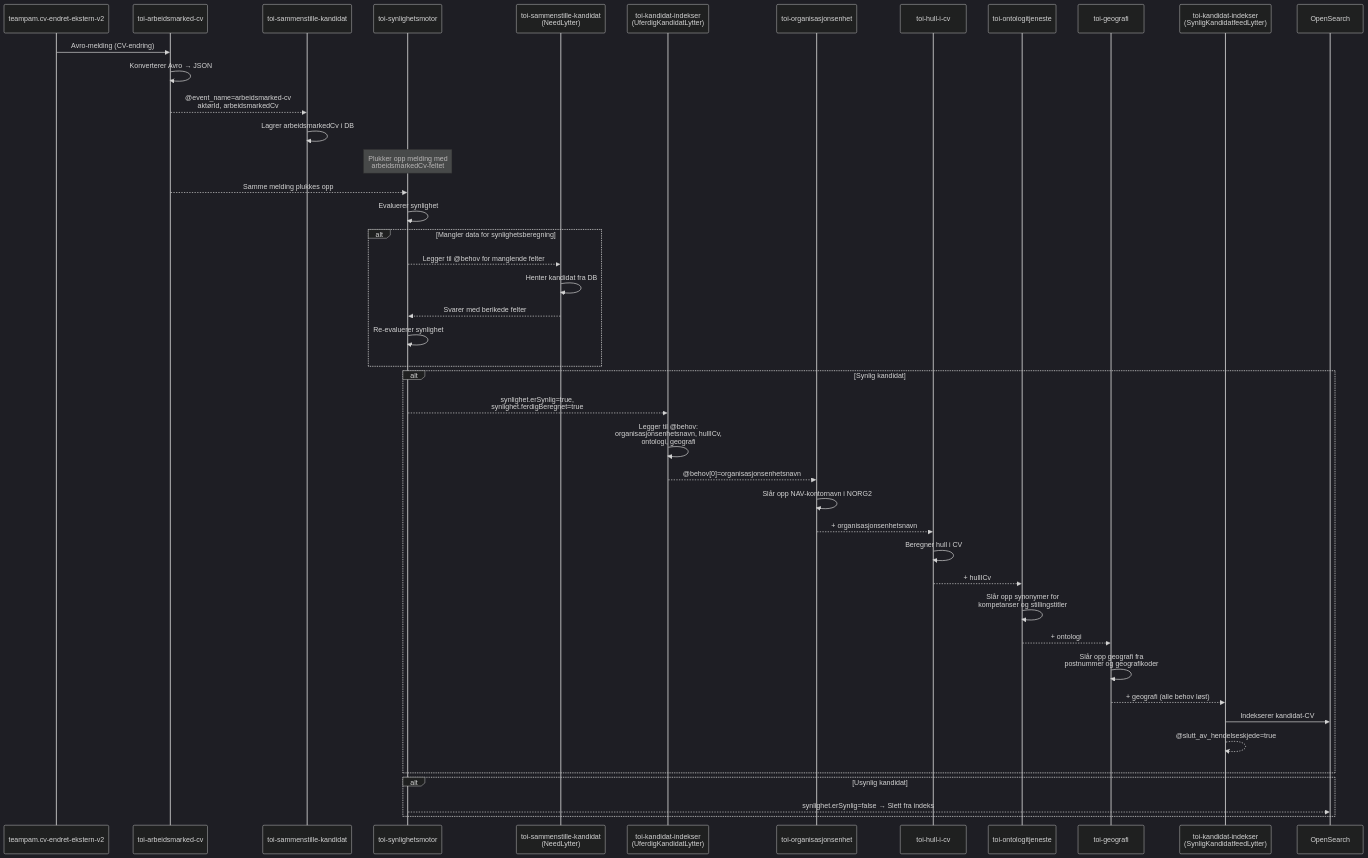
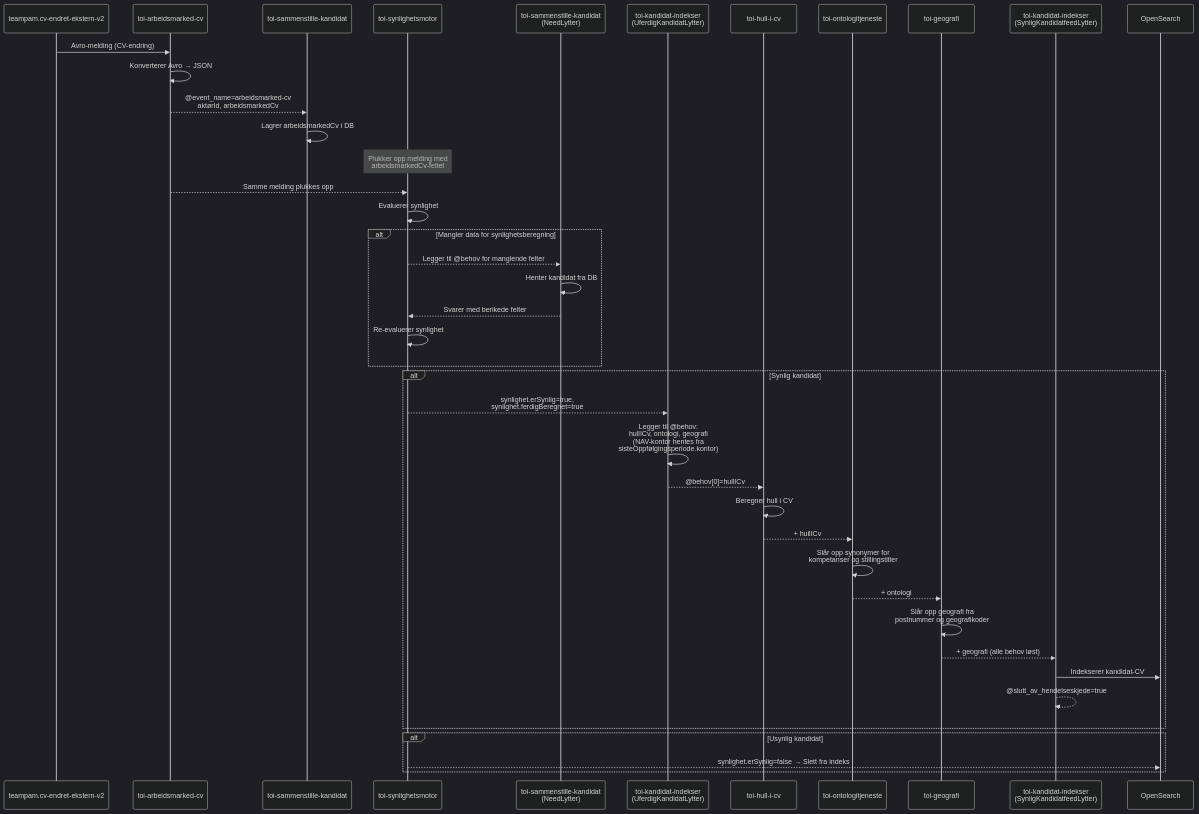
One commit to navikt/toi-rapids-and-rivers changed the second of 12 diagrams in MELDINGSFLYTER.md. Above: the diagram before and after it, drawn with Mermaid (dark theme). The commit also changed other lines of this file and 23 other files, not shown here.

First line of the commit message:
Les oppfølgingsenhet-, og navn fra en bedre kilde (toi.siste-oppfolgi… (#216)

````diff
--- a/MELDINGSFLYTER.md
+++ b/MELDINGSFLYTER.md
@@ -178,48 +176,45 @@
 ```mermaid
 sequenceDiagram
     participant EKS as teampam.cv-endret-ekstern-v2
     participant CV as toi-arbeidsmarked-cv
     participant SAM as toi-sammenstille-kandidat
     participant SYN as toi-synlighetsmotor
     participant SAM2 as toi-sammenstille-kandidat<br/>(NeedLytter)
     participant UFERDIG as toi-kandidat-indekser<br/>(UferdigKandidatLytter)
-    participant ORG as toi-organisasjonsenhet
     participant HULL as toi-hull-i-cv
     participant ONT as toi-ontologitjeneste
     participant GEO as toi-geografi
     participant SYNLIG as toi-kandidat-indekser<br/>(SynligKandidatfeedLytter)
     participant OS as OpenSearch
 
     EKS->>CV: Avro-melding (CV-endring)
     CV->>CV: Konverterer Avro → JSON
     CV-->>SAM: @event_name=arbeidsmarked-cv<br/>aktørId, arbeidsmarkedCv
     SAM->>SAM: Lagrer arbeidsmarkedCv i DB
 
     Note over SYN: Plukker opp melding med<br/>arbeidsmarkedCv-feltet
     CV-->>SYN: Samme melding plukkes opp
     SYN->>SYN: Evaluerer synlighet
     alt Mangler data for synlighetsberegning
         SYN-->>SAM2: Legger til @behov for manglende felter
         SAM2->>SAM2: Henter kandidat fra DB
         SAM2-->>SYN: Svarer med berikede felter
         SYN->>SYN: Re-evaluerer synlighet
     end
     alt Synlig kandidat
         SYN-->>UFERDIG: synlighet.erSynlig=true,<br/>synlighet.ferdigBeregnet=true
-        UFERDIG->>UFERDIG: Legger til @behov:<br/>organisasjonsenhetsnavn, hullICv,<br/>ontologi, geografi
-        UFERDIG-->>ORG: @behov[0]=organisasjonsenhetsnavn
-        ORG->>ORG: Slår opp NAV-kontornavn i NORG2
-        ORG-->>HULL: + organisasjonsenhetsnavn
+        UFERDIG->>UFERDIG: Legger til @behov:<br/>hullICv, ontologi, geografi<br/>(NAV-kontor hentes fra<br/>sisteOppfølgingsperiode.kontor)
+        UFERDIG-->>HULL: @behov[0]=hullICv
         HULL->>HULL: Beregner hull i CV
         HULL-->>ONT: + hullICv
         ONT->>ONT: Slår opp synonymer for<br/>kompetanser og stillingstitler
         ONT-->>GEO: + ontologi
         GEO->>GEO: Slår opp geografi fra<br/>postnummer og geografikoder
         GEO-->>SYNLIG: + geografi (alle behov løst)
         SYNLIG->>OS: Indekserer kandidat-CV
         SYNLIG-->>SYNLIG: @slutt_av_hendelseskjede=true
     end
     alt Usynlig kandidat
         SYN-->>OS: synlighet.erSynlig=false → Slett fra indeks
     end
 ```
````
